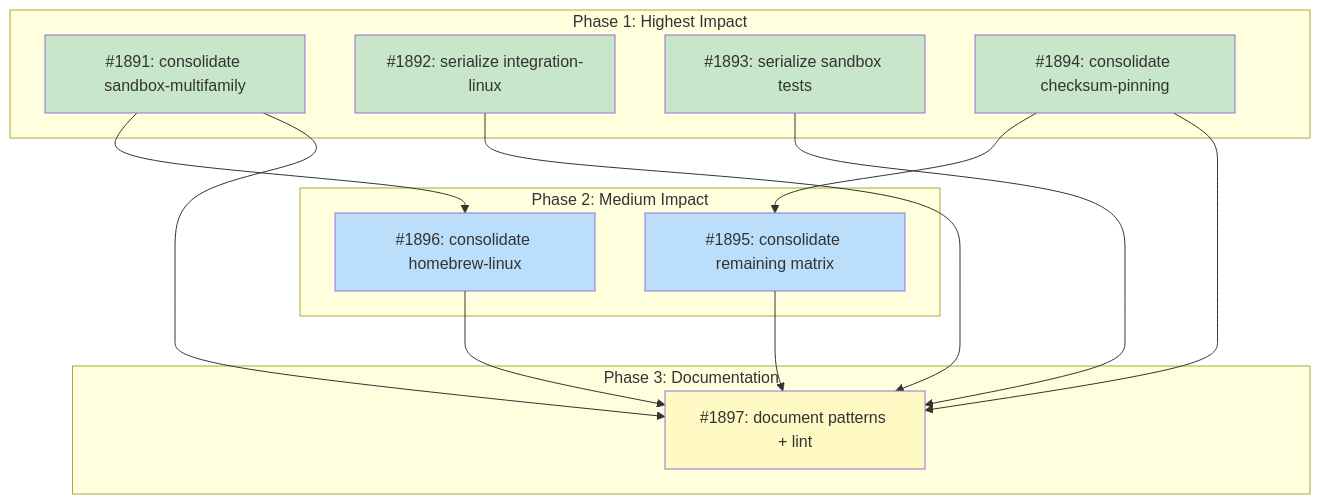
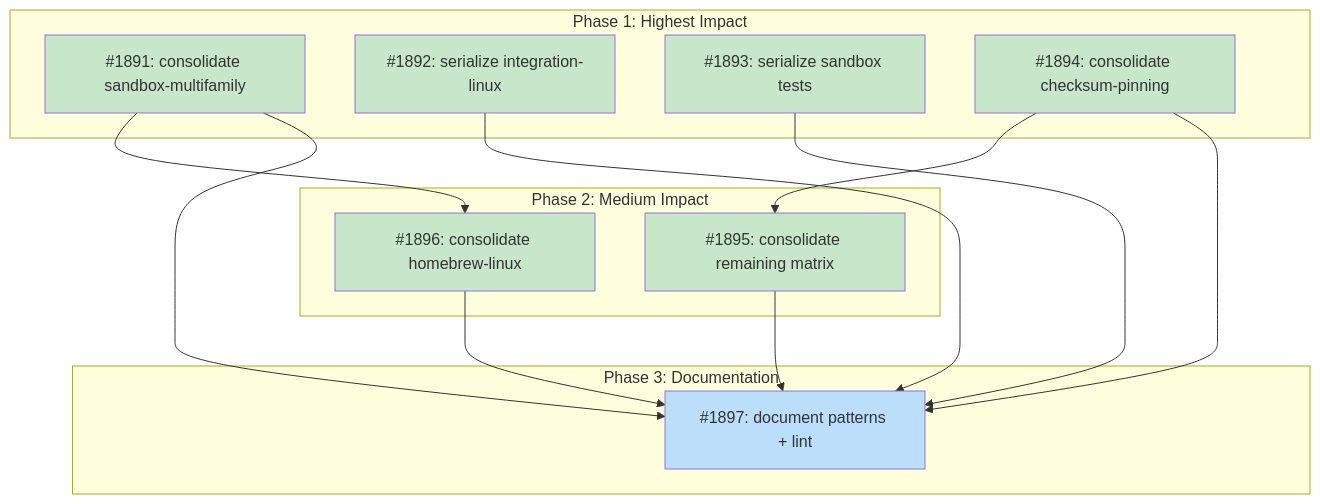
Before and after one commit to tsukumogami/tsuku: the diagram in docs/designs/DESIGN-ci-job-consolidation.md, drawn with Mermaid. The commit also changed other lines of this file and 5 other files, not shown here.

````diff
--- a/docs/designs/DESIGN-ci-job-consolidation.md
+++ b/docs/designs/DESIGN-ci-job-consolidation.md
@@ -57,37 +57,36 @@
 ```mermaid
 graph TD
     subgraph Phase1["Phase 1: Highest Impact"]
         I1891["#1891: consolidate sandbox-multifamily"]
         I1892["#1892: serialize integration-linux"]
         I1893["#1893: serialize sandbox tests"]
         I1894["#1894: consolidate checksum-pinning"]
     end
 
     subgraph Phase2["Phase 2: Medium Impact"]
         I1895["#1895: consolidate remaining matrix"]
         I1896["#1896: consolidate homebrew-linux"]
     end
 
     subgraph Phase3["Phase 3: Documentation"]
         I1897["#1897: document patterns + lint"]
     end
 
     I1894 --> I1895
     I1891 --> I1896
     I1891 --> I1897
     I1892 --> I1897
     I1893 --> I1897
     I1894 --> I1897
     I1895 --> I1897
     I1896 --> I1897
 
     classDef done fill:#c8e6c9
     classDef ready fill:#bbdefb
     classDef blocked fill:#fff9c4
     classDef needsDesign fill:#e1bee7
     classDef tracksDesign fill:#FFE0B2,stroke:#F57C00,color:#000
 
-    class I1891,I1892,I1893,I1894 done
-    class I1895,I1896 ready
-    class I1897 blocked
+    class I1891,I1892,I1893,I1894,I1895,I1896 done
+    class I1897 ready
 ```
````
